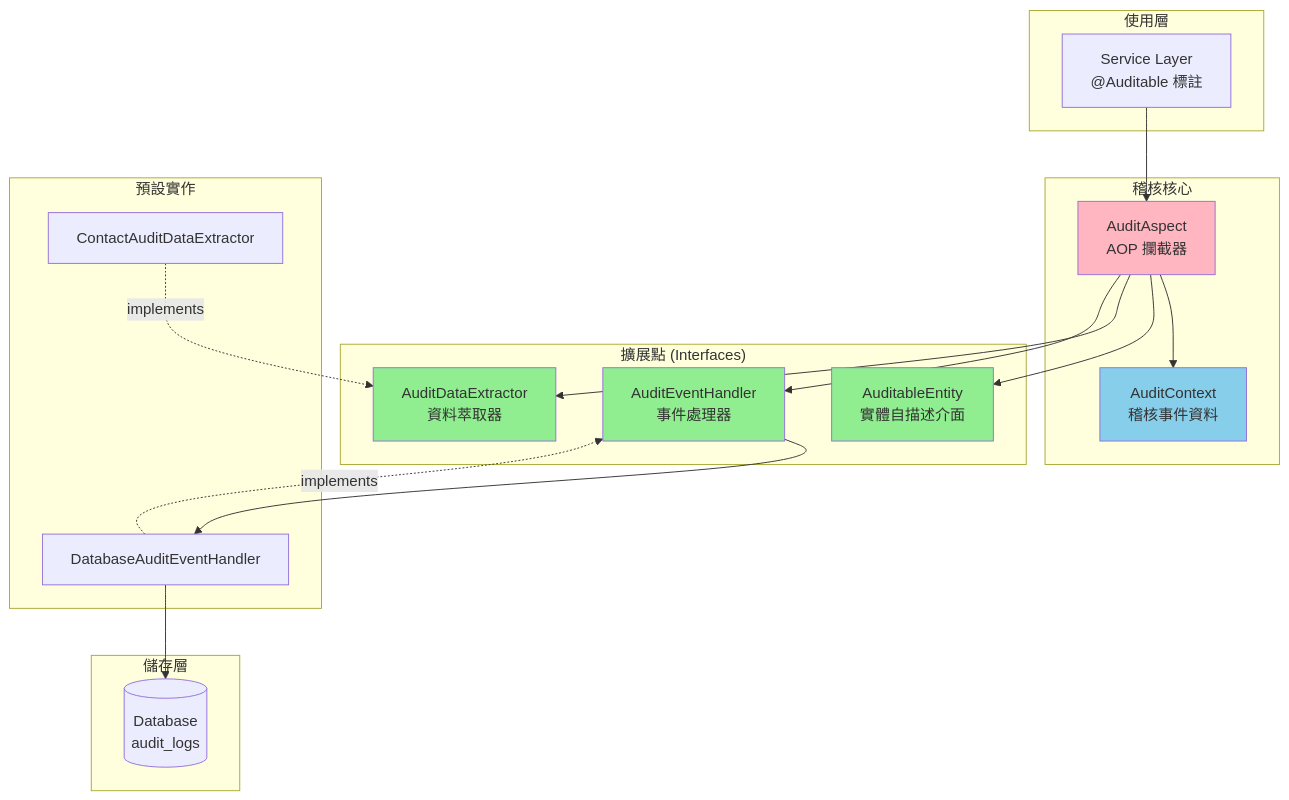
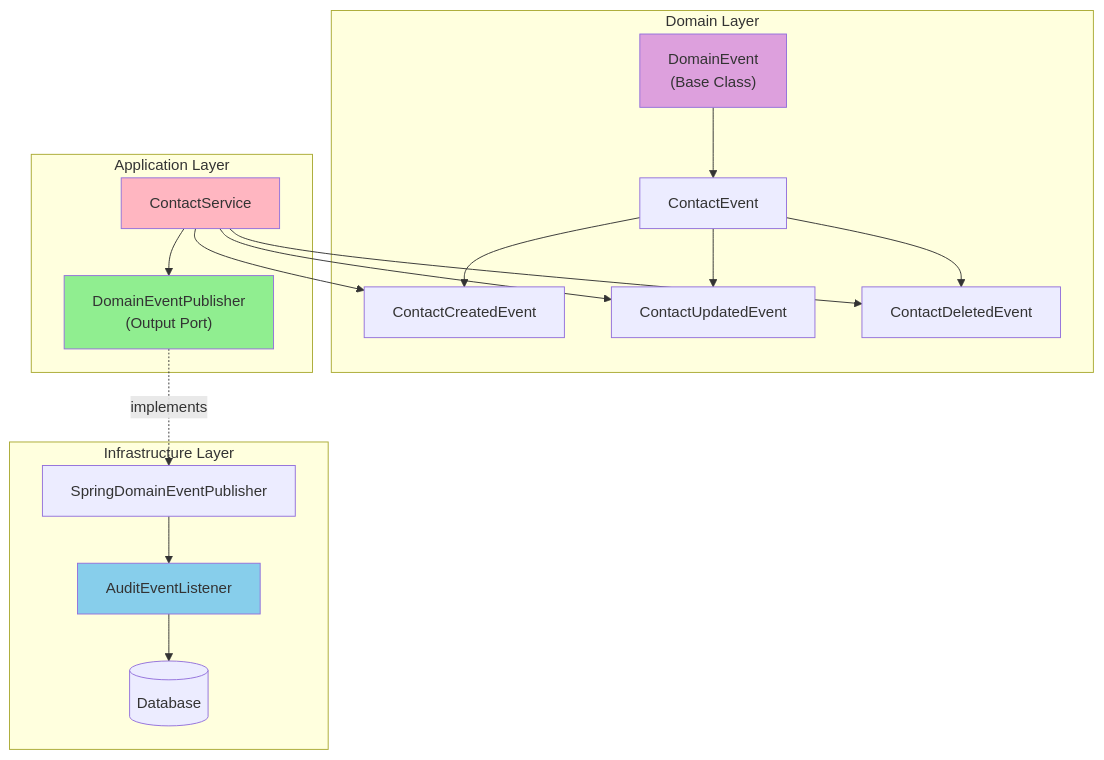
One commit to ChunPingWang/aop-poc changed the sixth of 6 diagrams in README.md. Above: the diagram before and after it, drawn with Mermaid. The commit also changed other lines of this file and 19 other files, not shown here.

````diff
--- a/README.md
+++ b/README.md
@@ -636,44 +676,40 @@
 ```mermaid
 graph TB
-    subgraph "使用層"
-        SVC["Service Layer<br/>@Auditable 標註"]
+    subgraph "Domain Layer"
+        DE["DomainEvent<br/>(Base Class)"]
+        CE["ContactEvent"]
+        CCE["ContactCreatedEvent"]
+        CUE["ContactUpdatedEvent"]
+        CDE["ContactDeletedEvent"]
+
+        DE --> CE
+        CE --> CCE
+        CE --> CUE
+        CE --> CDE
     end
 
-    subgraph "稽核核心"
-        ASP["AuditAspect<br/>AOP 攔截器"]
-        CTX["AuditContext<br/>稽核事件資料"]
+    subgraph "Application Layer"
+        SVC["ContactService"]
+        DEP["DomainEventPublisher<br/>(Output Port)"]
     end
 
-    subgraph "擴展點 (Interfaces)"
-        AE["AuditableEntity<br/>實體自描述介面"]
-        ADE["AuditDataExtractor<br/>資料萃取器"]
-        AEH["AuditEventHandler<br/>事件處理器"]
+    subgraph "Infrastructure Layer"
+        SDEP["SpringDomainEventPublisher"]
+        AEL["AuditEventListener"]
+        DB[(Database)]
     end
 
-    subgraph "預設實作"
-        CAE["ContactAuditDataExtractor"]
-        DAH["DatabaseAuditEventHandler"]
-    end
+    SVC --> DEP
+    DEP -.->|implements| SDEP
+    SDEP --> AEL
+    AEL --> DB
 
-    subgraph "儲存層"
-        DB[(Database<br/>audit_logs)]
-    end
+    SVC --> CCE
+    SVC --> CUE
+    SVC --> CDE
 
-    SVC --> ASP
-    ASP --> CTX
-    ASP --> AE
-    ASP --> ADE
-    ASP --> AEH
-
-    CAE -.->|implements| ADE
-    DAH -.->|implements| AEH
-
-    AEH --> DAH
-    DAH --> DB
-
-    style ASP fill:#FFB6C1
-    style CTX fill:#87CEEB
-    style AE fill:#90EE90
-    style ADE fill:#90EE90
-    style AEH fill:#90EE90
+    style DE fill:#DDA0DD
+    style SVC fill:#FFB6C1
+    style DEP fill:#90EE90
+    style AEL fill:#87CEEB
 ```
````
